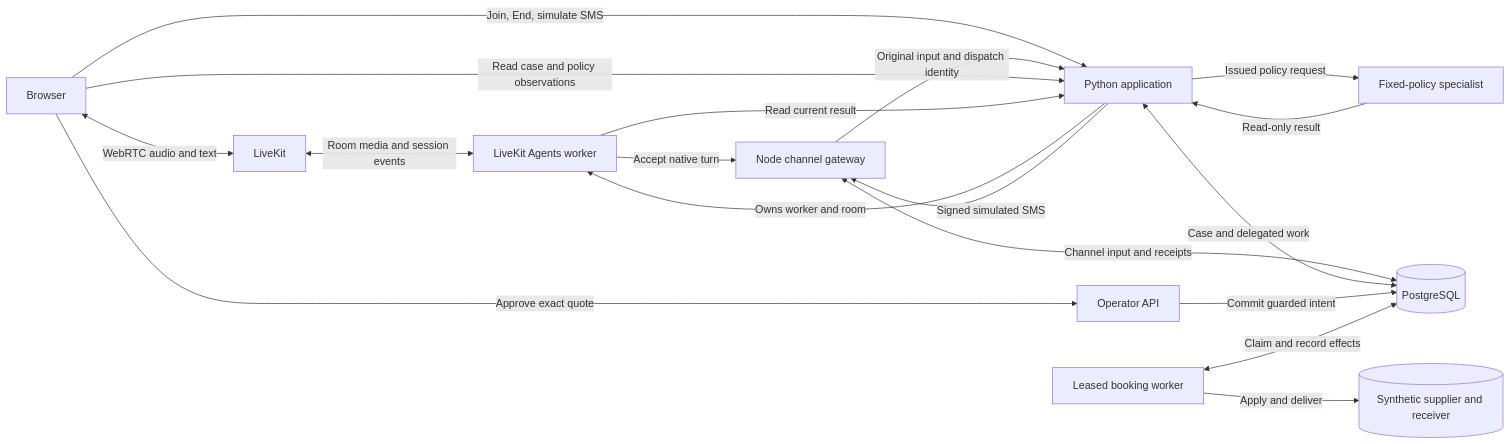
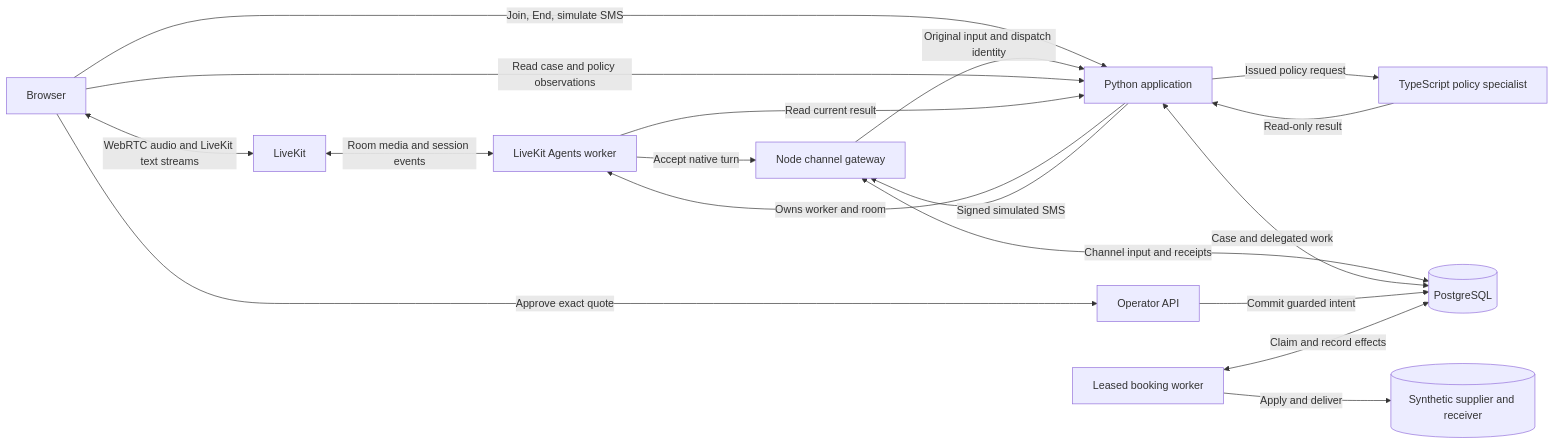
The first of 3 diagrams in docs/architecture.md (rostwal95/livekit-poc), drawn with Mermaid before and after one commit. The commit also changed other lines of this file and 27 other files, not shown here.

Commit message:
Polish and verify the LiveKit portfolio demo

````diff
--- a/docs/architecture.md
+++ b/docs/architecture.md
@@ -9,20 +9,20 @@
 ```mermaid
 flowchart LR
-    User[Browser] <-->|WebRTC audio and text| LK[LiveKit]
+    User[Browser] <-->|WebRTC audio and LiveKit text streams| LK[LiveKit]
     LK <-->|Room media and session events| Agent[LiveKit Agents worker]
     User -->|Join, End, simulate SMS| Parent[Python application]
     Parent -->|Owns worker and room| Agent
     Agent -->|Accept native turn| Gateway[Node channel gateway]
     Parent -->|Signed simulated SMS| Gateway
     Gateway -->|Original input and dispatch identity| Parent
-    Parent -->|Issued policy request| Specialist[Fixed-policy specialist]
+    Parent -->|Issued policy request| Specialist[TypeScript policy specialist]
     Specialist -->|Read-only result| Parent
     Gateway <-->|Channel input and receipts| PG[(PostgreSQL)]
     Parent <-->|Case and delegated work| PG
     User -->|Read case and policy observations| Parent
     Agent -->|Read current result| Parent
     User -->|Approve exact quote| Operator[Operator API]
     Operator -->|Commit guarded intent| PG
     Worker[Leased booking worker] <-->|Claim and record effects| PG
     Worker -->|Apply and deliver| Ledgers[(Synthetic supplier and receiver)]
 ```
````
